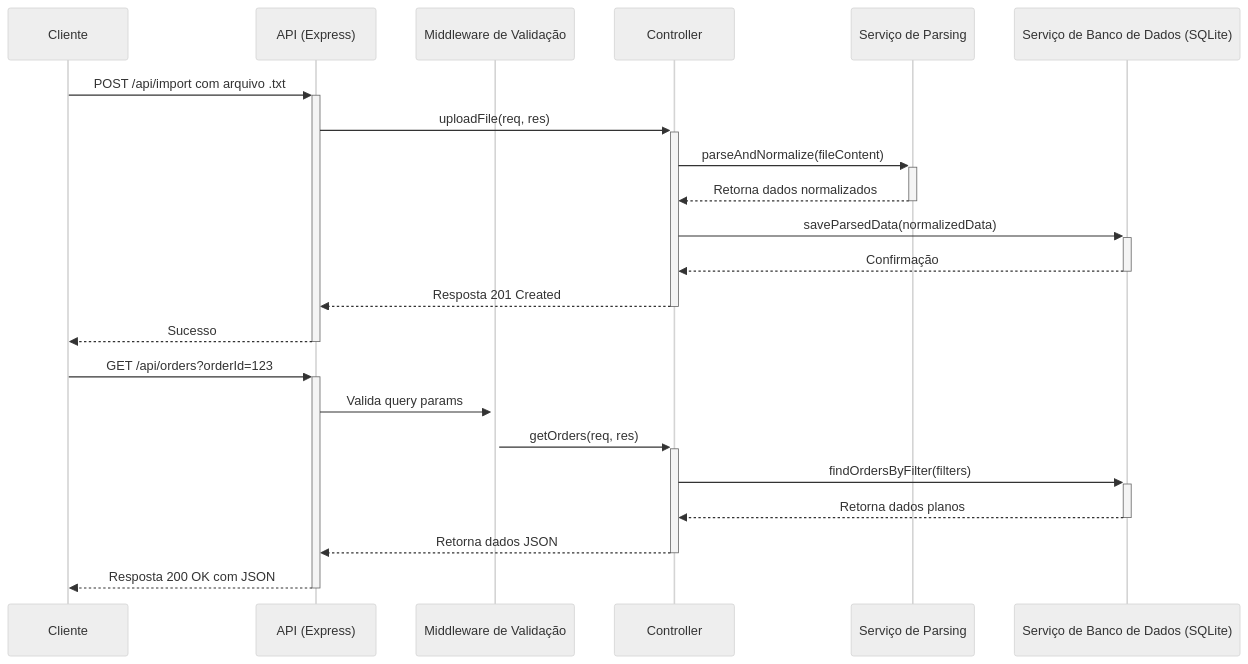
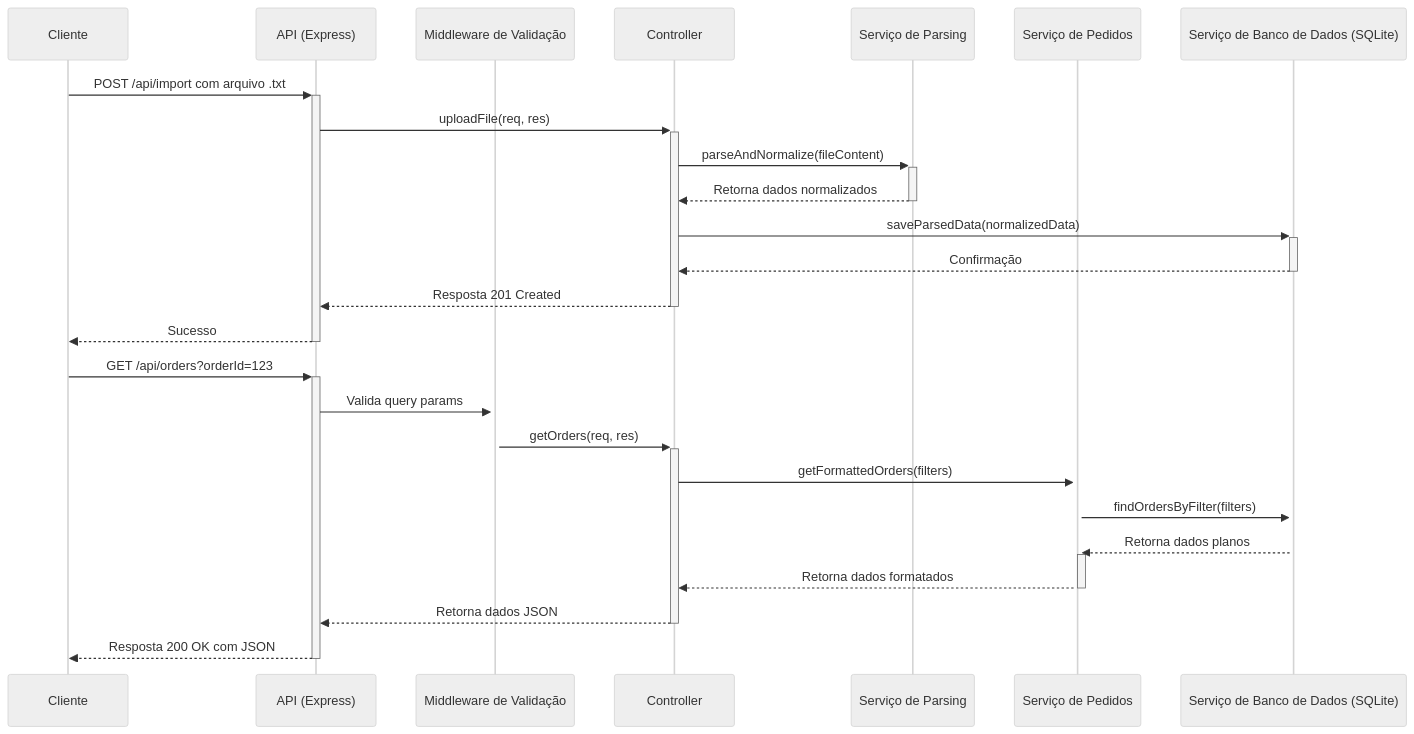
The first of 2 diagrams in README.md (Jav4Script/orders-api), drawn with Mermaid (neutral theme) before and after one commit. The commit also changed other lines of this file, not shown here.

````diff
--- a/README.md
+++ b/README.md
@@ -48,26 +48,29 @@
 ```mermaid
 sequenceDiagram
     participant Cliente
     participant API_Gateway as API (Express)
     participant ValidationMiddleware as Middleware de Validação
     participant Controller
     participant ParserService as Serviço de Parsing
+    participant OrderService as Serviço de Pedidos
     participant DatabaseService as Serviço de Banco de Dados (SQLite)
 
     Cliente->>+API_Gateway: POST /api/import com arquivo .txt
     API_Gateway->>+Controller: uploadFile(req, res)
     Controller->>+ParserService: parseAndNormalize(fileContent)
     ParserService-->>-Controller: Retorna dados normalizados
     Controller->>+DatabaseService: saveParsedData(normalizedData)
     DatabaseService-->>-Controller: Confirmação
     Controller-->>-API_Gateway: Resposta 201 Created
     API_Gateway-->>-Cliente: Sucesso
 
     Cliente->>+API_Gateway: GET /api/orders?orderId=123
     API_Gateway->>+ValidationMiddleware: Valida query params
     ValidationMiddleware->>+Controller: getOrders(req, res)
-    Controller->>+DatabaseService: findOrdersByFilter(filters)
-    DatabaseService-->>-Controller: Retorna dados planos
+    Controller->>+OrderService: getFormattedOrders(filters)
+    OrderService->>+DatabaseService: findOrdersByFilter(filters)
+    DatabaseService-->>+OrderService: Retorna dados planos
+    OrderService-->>-Controller: Retorna dados formatados
     Controller-->>-API_Gateway: Retorna dados JSON
     API_Gateway-->>-Cliente: Resposta 200 OK com JSON
 ```
````
